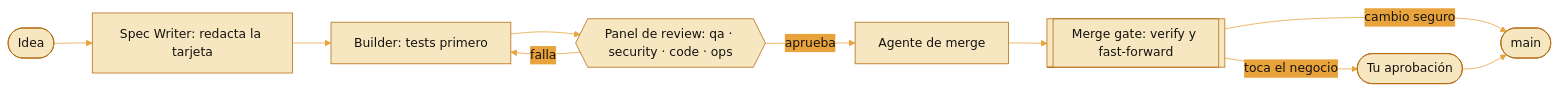
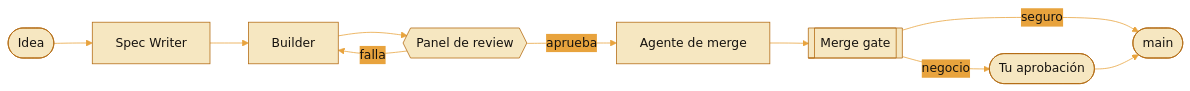
One commit to Tortillaa/prz-factory changed the diagram in README.md. Above: the diagram before and after it, drawn with Mermaid.

Commit message:
📝 [docs] readme: diagrama con etiquetas cortas, la lista lo explica

````diff
--- a/README.md
+++ b/README.md
@@ -30,13 +30,13 @@
 ```mermaid
 %%{init: {"theme": "base", "themeVariables": {"primaryColor": "#F6E7C1", "primaryTextColor": "#16130F", "primaryBorderColor": "#B36A12", "lineColor": "#E8A33D", "secondaryColor": "#E8A33D", "tertiaryColor": "#FBF3E1", "fontFamily": "ui-sans-serif, Segoe UI, Helvetica, Arial"}}}%%
 flowchart LR
-  idea([Idea]) --> spec["Spec Writer: redacta la tarjeta"]
-  spec --> build["Builder: tests primero"]
-  build --> panel{{"Panel de review: qa · security · code · ops"}}
+  idea([Idea]) --> spec[Spec Writer]
+  spec --> build[Builder]
+  build --> panel{{Panel de review}}
   panel -- falla --> build
   panel -- aprueba --> merge[Agente de merge]
-  merge --> gate[["Merge gate: verify y fast-forward"]]
-  gate -- cambio seguro --> main([main])
-  gate -- toca el negocio --> you([Tu aprobación])
+  merge --> gate[[Merge gate]]
+  gate -- seguro --> main([main])
+  gate -- negocio --> you([Tu aprobación])
   you --> main
 ```
````
